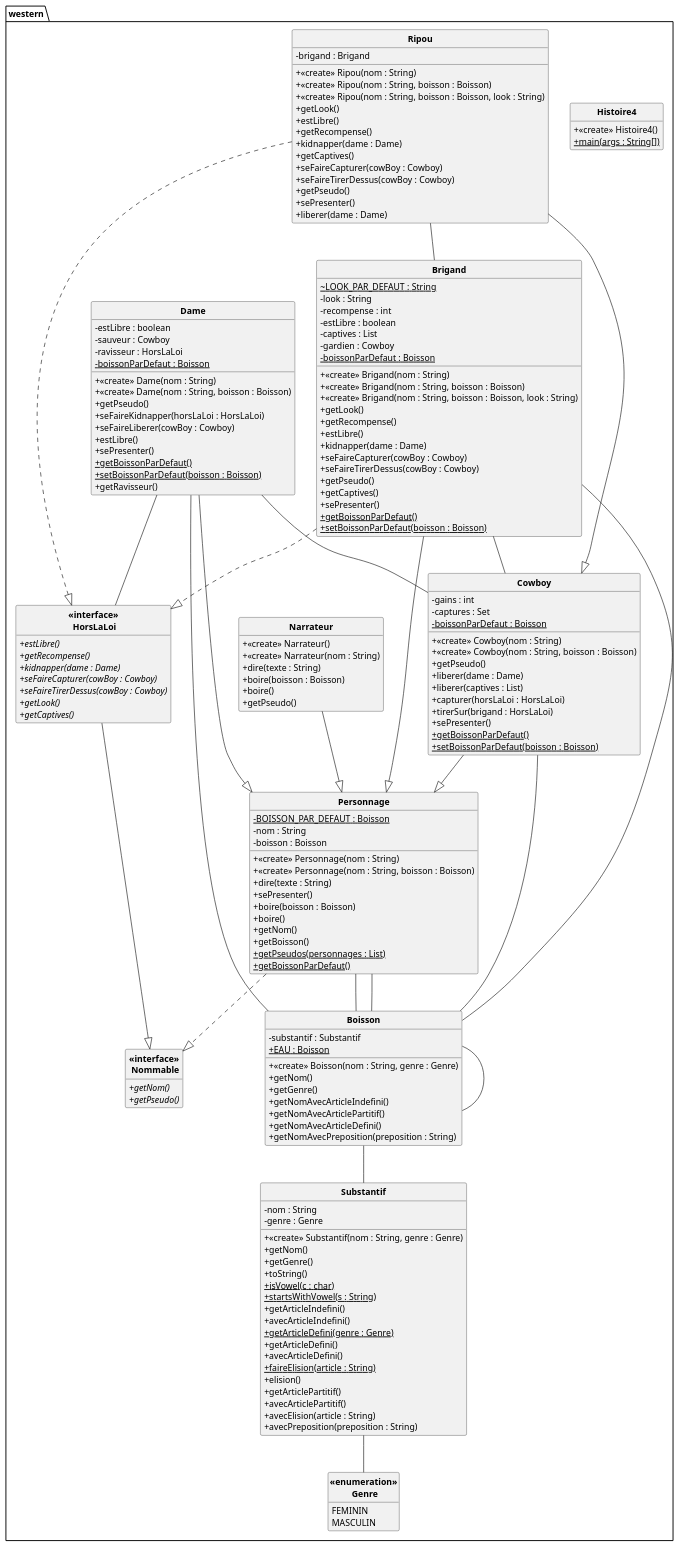
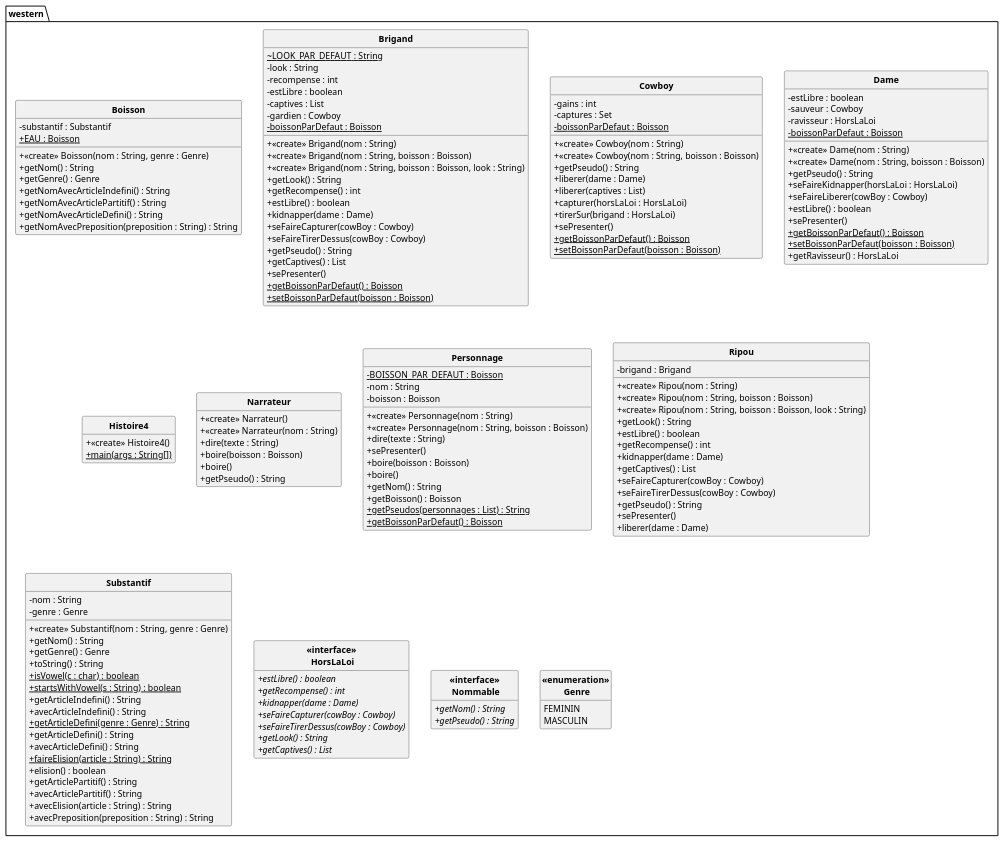
One commit to Lykomonix/API-JAVAtoPUML changed the diagram in javadoc.puml. Above: the diagram before and after it, drawn with PlantUML. The commit also changed 16 other files, not shown here.

```diff
--- a/javadoc.puml
+++ b/javadoc.puml
@@ -10,13 +10,13 @@
 {
 - substantif : Substantif
 + {static} EAU : Boisson
-+ <<create>> Boisson(nom : String, genre : Genre)
-+ getNom()
-+ getGenre()
-+ getNomAvecArticleIndefini()
-+ getNomAvecArticlePartitif()
-+ getNomAvecArticleDefini()
-+ getNomAvecPreposition(preposition : String)
++ <<create>> Boisson(nom : String, genre : Genre) 
++ getNom() : String
++ getGenre() : Genre
++ getNomAvecArticleIndefini() : String
++ getNomAvecArticlePartitif() : String
++ getNomAvecArticleDefini() : String
++ getNomAvecPreposition(preposition : String) : String
 }
 
 class Brigand
@@ -28,20 +28,20 @@
 - captives : List
 - gardien : Cowboy
 - {static} boissonParDefaut : Boisson
-+ <<create>> Brigand(nom : String)
-+ <<create>> Brigand(nom : String, boisson : Boisson)
-+ <<create>> Brigand(nom : String, boisson : Boisson, look : String)
-+ getLook()
-+ getRecompense()
-+ estLibre()
-+ kidnapper(dame : Dame)
-+ seFaireCapturer(cowBoy : Cowboy)
-+ seFaireTirerDessus(cowBoy : Cowboy)
-+ getPseudo()
-+ getCaptives()
-+ sePresenter()
-+ {static} getBoissonParDefaut()
-+ {static} setBoissonParDefaut(boisson : Boisson)
++ <<create>> Brigand(nom : String) 
++ <<create>> Brigand(nom : String, boisson : Boisson) 
++ <<create>> Brigand(nom : String, boisson : Boisson, look : String) 
++ getLook() : String
++ getRecompense() : int
++ estLibre() : boolean
++ kidnapper(dame : Dame) 
++ seFaireCapturer(cowBoy : Cowboy) 
++ seFaireTirerDessus(cowBoy : Cowboy) 
++ getPseudo() : String
++ getCaptives() : List
++ sePresenter() 
++ {static} getBoissonParDefaut() : Boisson
++ {static} setBoissonParDefaut(boisson : Boisson) 
 }
 
 class Cowboy
@@ -49,16 +49,16 @@
 - gains : int
 - captures : Set
 - {static} boissonParDefaut : Boisson
-+ <<create>> Cowboy(nom : String)
-+ <<create>> Cowboy(nom : String, boisson : Boisson)
-+ getPseudo()
-+ liberer(dame : Dame)
-+ liberer(captives : List)
-+ capturer(horsLaLoi : HorsLaLoi)
-+ tirerSur(brigand : HorsLaLoi)
-+ sePresenter()
-+ {static} getBoissonParDefaut()
-+ {static} setBoissonParDefaut(boisson : Boisson)
++ <<create>> Cowboy(nom : String) 
++ <<create>> Cowboy(nom : String, boisson : Boisson) 
++ getPseudo() : String
++ liberer(dame : Dame) 
++ liberer(captives : List) 
++ capturer(horsLaLoi : HorsLaLoi) 
++ tirerSur(brigand : HorsLaLoi) 
++ sePresenter() 
++ {static} getBoissonParDefaut() : Boisson
++ {static} setBoissonParDefaut(boisson : Boisson) 
 }
 
 class Dame
@@ -67,32 +67,32 @@
 - sauveur : Cowboy
 - ravisseur : HorsLaLoi
 - {static} boissonParDefaut : Boisson
-+ <<create>> Dame(nom : String)
-+ <<create>> Dame(nom : String, boisson : Boisson)
-+ getPseudo()
-+ seFaireKidnapper(horsLaLoi : HorsLaLoi)
-+ seFaireLiberer(cowBoy : Cowboy)
-+ estLibre()
-+ sePresenter()
-+ {static} getBoissonParDefaut()
-+ {static} setBoissonParDefaut(boisson : Boisson)
-+ getRavisseur()
++ <<create>> Dame(nom : String) 
++ <<create>> Dame(nom : String, boisson : Boisson) 
++ getPseudo() : String
++ seFaireKidnapper(horsLaLoi : HorsLaLoi) 
++ seFaireLiberer(cowBoy : Cowboy) 
++ estLibre() : boolean
++ sePresenter() 
++ {static} getBoissonParDefaut() : Boisson
++ {static} setBoissonParDefaut(boisson : Boisson) 
++ getRavisseur() : HorsLaLoi
 }
 
 class Histoire4
 {
-+ <<create>> Histoire4()
-+ {static} main(args : String[])
++ <<create>> Histoire4() 
++ {static} main(args : String[]) 
 }
 
 class Narrateur
 {
-+ <<create>> Narrateur()
-+ <<create>> Narrateur(nom : String)
-+ dire(texte : String)
-+ boire(boisson : Boisson)
-+ boire()
-+ getPseudo()
++ <<create>> Narrateur() 
++ <<create>> Narrateur(nom : String) 
++ dire(texte : String) 
++ boire(boisson : Boisson) 
++ boire() 
++ getPseudo() : String
 }
 
 class Personnage
@@ -100,75 +100,75 @@
 - {static} BOISSON_PAR_DEFAUT : Boisson
 - nom : String
 - boisson : Boisson
-+ <<create>> Personnage(nom : String)
-+ <<create>> Personnage(nom : String, boisson : Boisson)
-+ dire(texte : String)
-+ sePresenter()
-+ boire(boisson : Boisson)
-+ boire()
-+ getNom()
-+ getBoisson()
-+ {static} getPseudos(personnages : List)
-+ {static} getBoissonParDefaut()
++ <<create>> Personnage(nom : String) 
++ <<create>> Personnage(nom : String, boisson : Boisson) 
++ dire(texte : String) 
++ sePresenter() 
++ boire(boisson : Boisson) 
++ boire() 
++ getNom() : String
++ getBoisson() : Boisson
++ {static} getPseudos(personnages : List) : String
++ {static} getBoissonParDefaut() : Boisson
 }
 
 class Ripou
 {
 - brigand : Brigand
-+ <<create>> Ripou(nom : String)
-+ <<create>> Ripou(nom : String, boisson : Boisson)
-+ <<create>> Ripou(nom : String, boisson : Boisson, look : String)
-+ getLook()
-+ estLibre()
-+ getRecompense()
-+ kidnapper(dame : Dame)
-+ getCaptives()
-+ seFaireCapturer(cowBoy : Cowboy)
-+ seFaireTirerDessus(cowBoy : Cowboy)
-+ getPseudo()
-+ sePresenter()
-+ liberer(dame : Dame)
++ <<create>> Ripou(nom : String) 
++ <<create>> Ripou(nom : String, boisson : Boisson) 
++ <<create>> Ripou(nom : String, boisson : Boisson, look : String) 
++ getLook() : String
++ estLibre() : boolean
++ getRecompense() : int
++ kidnapper(dame : Dame) 
++ getCaptives() : List
++ seFaireCapturer(cowBoy : Cowboy) 
++ seFaireTirerDessus(cowBoy : Cowboy) 
++ getPseudo() : String
++ sePresenter() 
++ liberer(dame : Dame) 
 }
 
 class Substantif
 {
 - nom : String
 - genre : Genre
-+ <<create>> Substantif(nom : String, genre : Genre)
-+ getNom()
-+ getGenre()
-+ toString()
-+ {static} isVowel(c : char)
-+ {static} startsWithVowel(s : String)
-+ getArticleIndefini()
-+ avecArticleIndefini()
-+ {static} getArticleDefini(genre : Genre)
-+ getArticleDefini()
-+ avecArticleDefini()
-+ {static} faireElision(article : String)
-+ elision()
-+ getArticlePartitif()
-+ avecArticlePartitif()
-+ avecElision(article : String)
-+ avecPreposition(preposition : String)
++ <<create>> Substantif(nom : String, genre : Genre) 
++ getNom() : String
++ getGenre() : Genre
++ toString() : String
++ {static} isVowel(c : char) : boolean
++ {static} startsWithVowel(s : String) : boolean
++ getArticleIndefini() : String
++ avecArticleIndefini() : String
++ {static} getArticleDefini(genre : Genre) : String
++ getArticleDefini() : String
++ avecArticleDefini() : String
++ {static} faireElision(article : String) : String
++ elision() : boolean
++ getArticlePartitif() : String
++ avecArticlePartitif() : String
++ avecElision(article : String) : String
++ avecPreposition(preposition : String) : String
 }
 
 class "<<interface>>\n HorsLaLoi" as HorsLaLoi
 {
-+ {abstract} estLibre()
-+ {abstract} getRecompense()
-+ {abstract} kidnapper(dame : Dame)
-+ {abstract} seFaireCapturer(cowBoy : Cowboy)
-+ {abstract} seFaireTirerDessus(cowBoy : Cowboy)
-+ {abstract} getLook()
-+ {abstract} getCaptives()
++ {abstract} estLibre() : boolean
++ {abstract} getRecompense() : int
++ {abstract} kidnapper(dame : Dame) 
++ {abstract} seFaireCapturer(cowBoy : Cowboy) 
++ {abstract} seFaireTirerDessus(cowBoy : Cowboy) 
++ {abstract} getLook() : String
++ {abstract} getCaptives() : List
 
 }
 
 class "<<interface>>\n Nommable" as Nommable
 {
-+ {abstract} getNom()
-+ {abstract} getPseudo()
++ {abstract} getNom() : String
++ {abstract} getPseudo() : String
 
 }
 
@@ -178,38 +178,6 @@
 MASCULIN
 }
 
-Boisson -- Substantif
-Boisson -- Boisson
-
-Brigand --|> Personnage
-Brigand ..|> HorsLaLoi
-Brigand -- Cowboy
-Brigand -- Boisson
-
-Cowboy --|> Personnage
-Cowboy -- Boisson
-
-Dame --|> Personnage
-Dame -- Cowboy
-Dame -- HorsLaLoi
-Dame -- Boisson
-
-
-Narrateur --|> Personnage
-
-Personnage ..|> Nommable
-Personnage -- Boisson
-Personnage -- Boisson
-
-Ripou --|> Cowboy
-Ripou ..|> HorsLaLoi
-Ripou -- Brigand
-
-Substantif -- Genre
-
-HorsLaLoi --|> Nommable
-
-
 }
 
 @enduml
```
